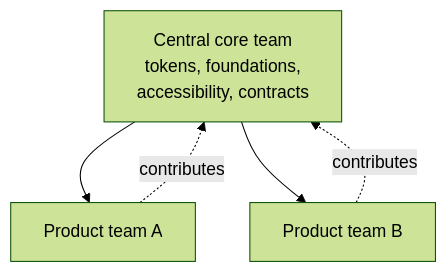
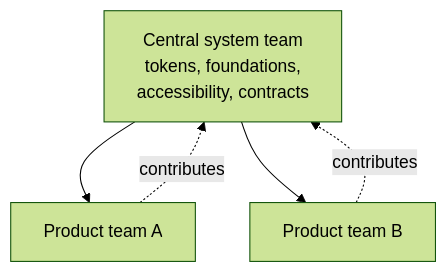
One commit to F4cu/ds101 changed the diagram in src/content/docs/team-models.md. Above: the diagram before and after it, drawn with Mermaid (forest theme). The commit also changed other lines of this file and 25 other files, not shown here.

````diff
--- a/src/content/docs/team-models.md
+++ b/src/content/docs/team-models.md
@@ -25,7 +25,7 @@
 ```mermaid
 flowchart TD
-  Core["Central core team<br/>tokens, foundations,<br/>accessibility, contracts"] --> A["Product team A"]
+  Core["Central system team<br/>tokens, foundations,<br/>accessibility, contracts"] --> A["Product team A"]
   Core --> B["Product team B"]
   A -.->|contributes| Core
   B -.->|contributes| Core
 ```
````
